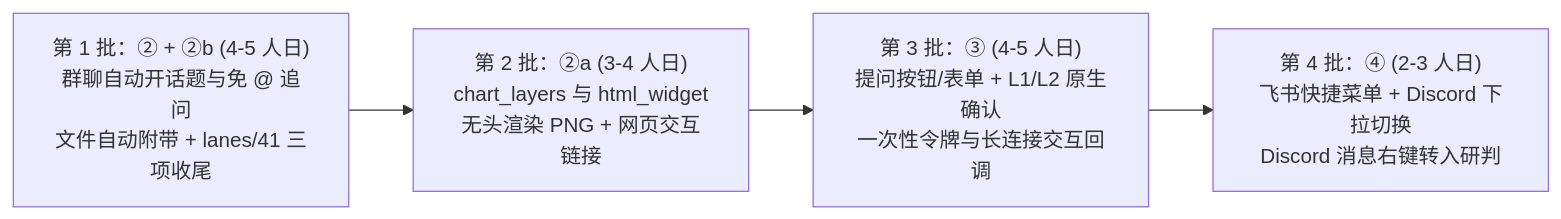
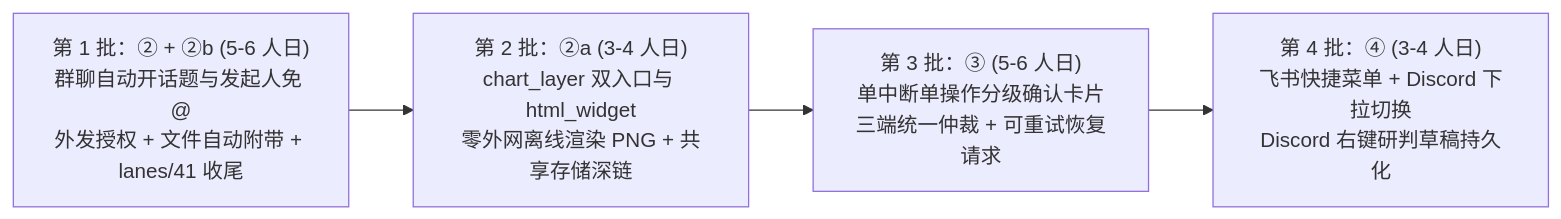
The diagram in docs/dalton/features/channel-phase2.md (everflowinv/dalton-langalpha), drawn with Mermaid before and after one commit. The commit also changed other lines of this file, not shown here.

````diff
--- a/docs/dalton/features/channel-phase2.md
+++ b/docs/dalton/features/channel-phase2.md
@@ -428,6 +559,6 @@
 ```mermaid
 flowchart LR
-    B1["第 1 批：② + ②b (4-5 人日)<br/>群聊自动开话题与免 @ 追问<br/>文件自动附带 + lanes/41 三项收尾"] --> B2["第 2 批：②a (3-4 人日)<br/>chart_layers 与 html_widget<br/>无头渲染 PNG + 网页交互链接"]
-    B2 --> B3["第 3 批：③ (4-5 人日)<br/>提问按钮/表单 + L1/L2 原生确认<br/>一次性令牌与长连接交互回调"]
-    B3 --> B4["第 4 批：④ (2-3 人日)<br/>飞书快捷菜单 + Discord 下拉切换<br/>Discord 消息右键转入研判"]
+    B1["第 1 批：② + ②b (5-6 人日)<br/>群聊自动开话题与发起人免 @<br/>外发授权 + 文件自动附带 + lanes/41 收尾"] --> B2["第 2 批：②a (3-4 人日)<br/>chart_layer 双入口与 html_widget<br/>零外网离线渲染 PNG + 共享存储深链"]
+    B2 --> B3["第 3 批：③ (5-6 人日)<br/>单中断单操作分级确认卡片<br/>三端统一仲裁 + 可重试恢复请求"]
+    B3 --> B4["第 4 批：④ (3-4 人日)<br/>飞书快捷菜单 + Discord 下拉切换<br/>Discord 右键研判草稿持久化"]
 ```
````
